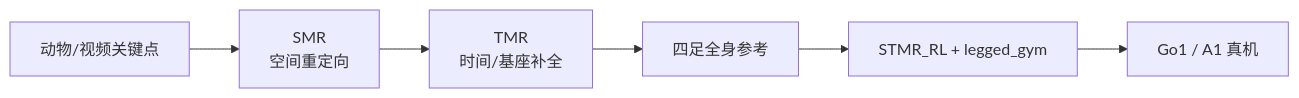
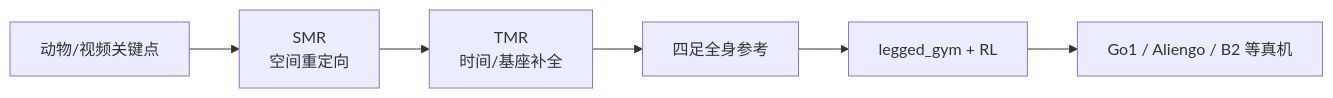
Before and after one commit to ImChong/Robotics_Notebooks: the diagram in wiki/entities/stmr-quadruped-retargeting.md, drawn with Mermaid. The commit also changed other lines of this file and 6 other files, not shown here.

````diff
--- a/wiki/entities/stmr-quadruped-retargeting.md
+++ b/wiki/entities/stmr-quadruped-retargeting.md
@@ -46,8 +46,8 @@
 ```mermaid
 flowchart LR
   kp["动物/视频关键点"] --> smr["SMR\n空间重定向"]
   smr --> tmr["TMR\n时间/基座补全"]
   tmr --> ref["四足全身参考"]
-  ref --> rl["STMR_RL + legged_gym"]
-  rl --> hw["Go1 / A1 真机"]
+  ref --> rl["legged_gym + RL"]
+  rl --> hw["Go1 / Aliengo / B2 等真机"]
 ```
````
